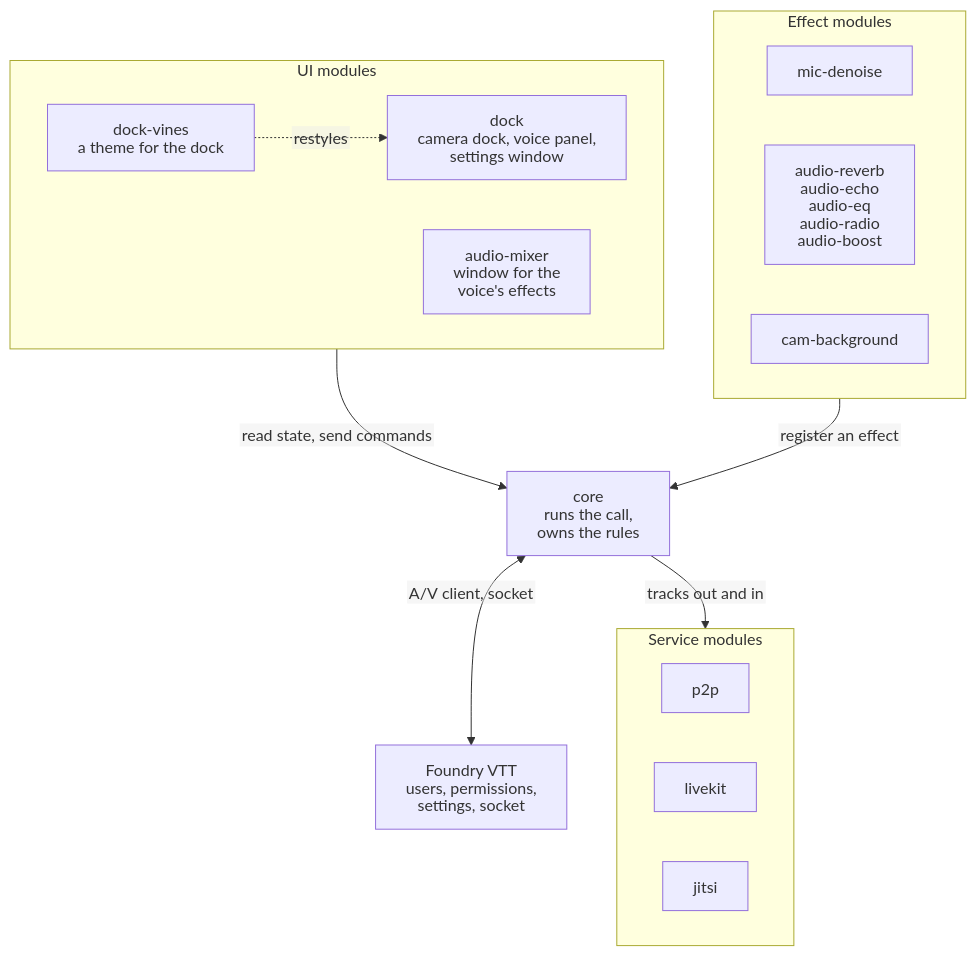
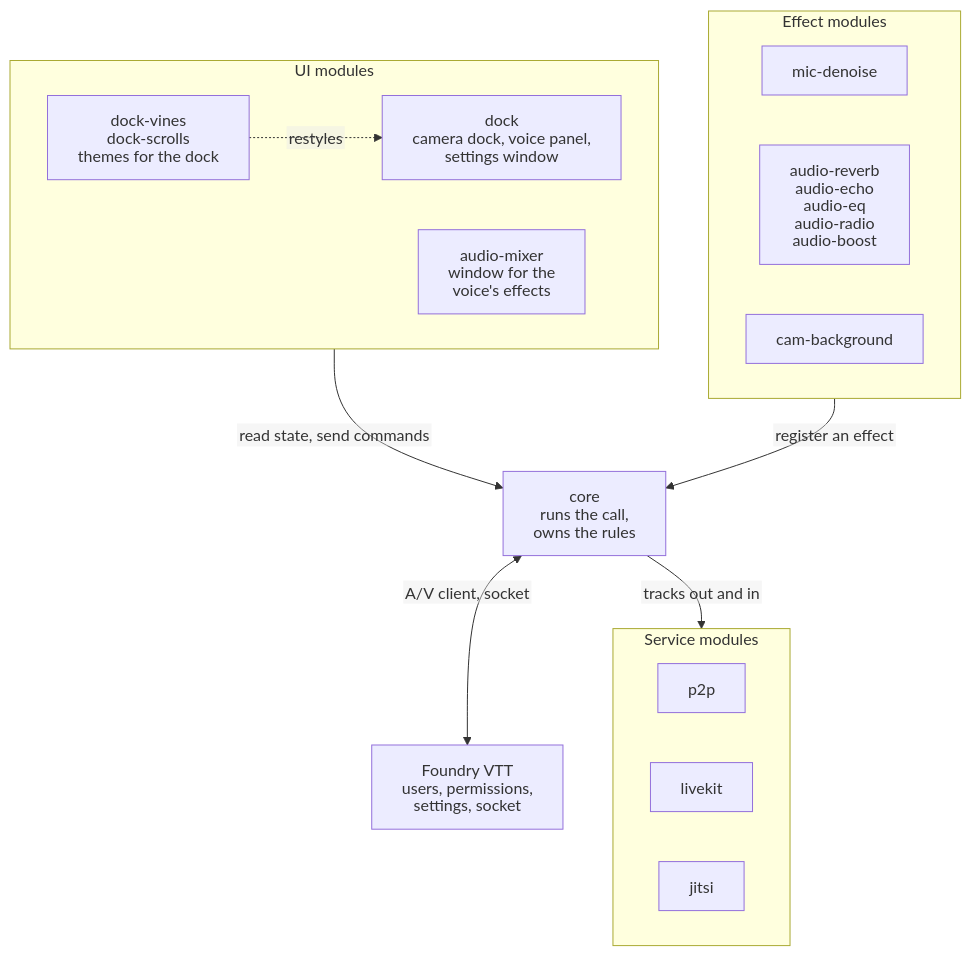
The first of 5 diagrams in docs/ARCHITECTURE.md (Affid/modular-av), drawn with Mermaid before and after one commit. The commit also changed other lines of this file and 8 other files, not shown here.

First line of the commit message:
docs: list the scrolls theme, and what making it taught

````diff
--- a/docs/ARCHITECTURE.md
+++ b/docs/ARCHITECTURE.md
@@ -11,31 +11,31 @@
 ```mermaid
 %%{init: {"htmlLabels": false, "flowchart": {"htmlLabels": false}}}%%
 flowchart TB
   subgraph ui["UI modules"]
     dock["dock<br/>camera dock, voice panel,<br/>settings window"]
     mixer["audio-mixer<br/>window for the<br/>voice's effects"]
-    theme["dock-vines<br/>a theme for the dock"]
+    theme["dock-vines<br/>dock-scrolls<br/>themes for the dock"]
   end
 
   subgraph effects["Effect modules"]
     denoise["mic-denoise"]
     voice["audio-reverb<br/>audio-echo<br/>audio-eq<br/>audio-radio<br/>audio-boost"]
     cambg["cam-background"]
   end
 
   core["core<br/>runs the call,<br/>owns the rules"]
 
   subgraph services["Service modules"]
     p2p["p2p"]
     livekit["livekit"]
     jitsi["jitsi"]
   end
 
   foundry["Foundry VTT<br/>users, permissions,<br/>settings, socket"]
 
   ui -- "read state, send commands" --> core
   effects -- "register an effect" --> core
   core -- "tracks out and in" --> services
   core <-- "A/V client, socket" --> foundry
   theme -. "restyles" .-> dock
 ```
````
